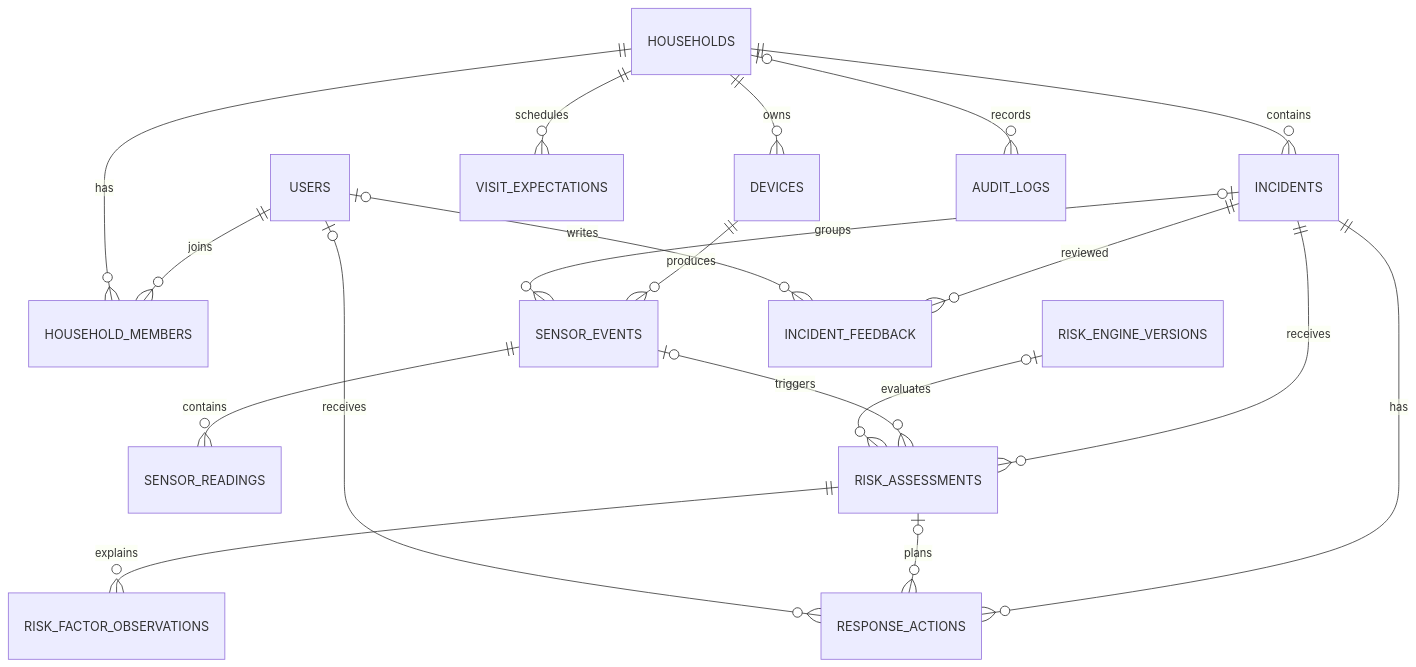
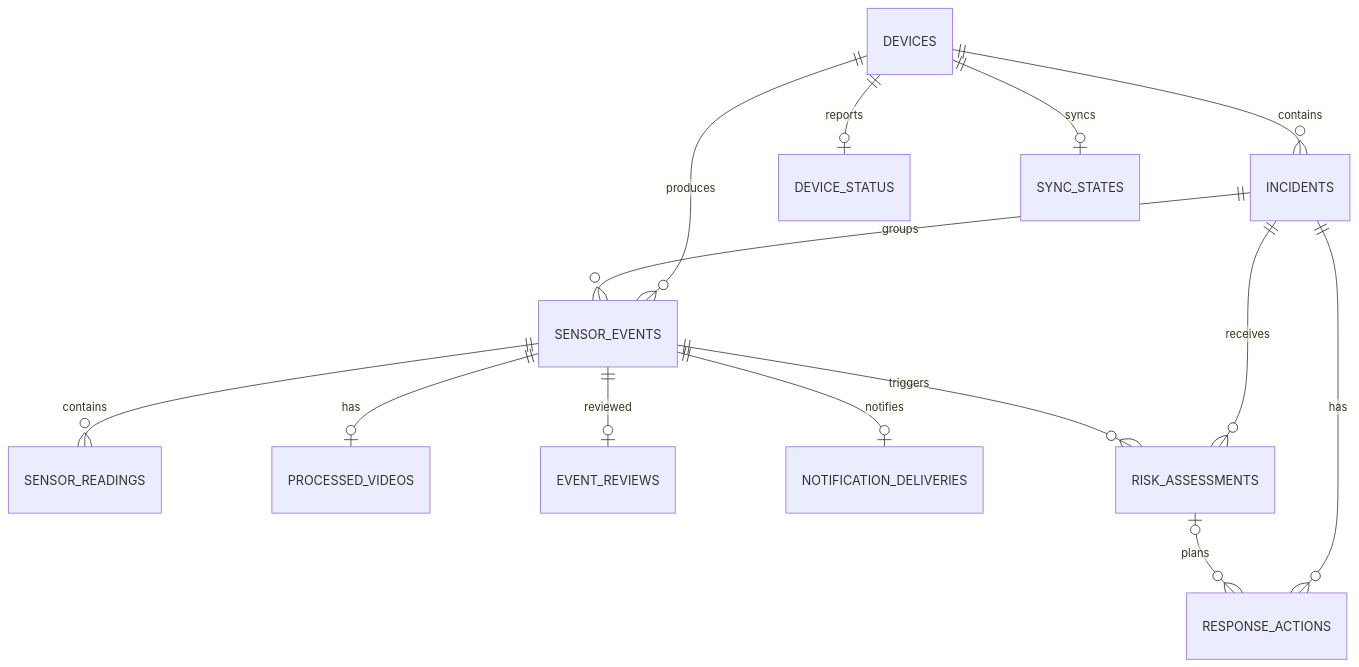
Before and after one commit to Uree1229/Risk-ZERO: the diagram in docs/Diagram/04-data-model-erd.md, drawn with Mermaid. The commit also changed other lines of this file and 35 other files, not shown here.

````diff
--- a/docs/Diagram/04-data-model-erd.md
+++ b/docs/Diagram/04-data-model-erd.md
@@ -9,26 +9,18 @@
 ```mermaid
 erDiagram
-    USERS ||--o{ HOUSEHOLD_MEMBERS : joins
-    HOUSEHOLDS ||--o{ HOUSEHOLD_MEMBERS : has
-    HOUSEHOLDS ||--o{ DEVICES : owns
-    HOUSEHOLDS ||--o{ VISIT_EXPECTATIONS : schedules
-    HOUSEHOLDS ||--o{ INCIDENTS : contains
+    DEVICES ||--o{ INCIDENTS : contains
+    DEVICES ||--o{ SENSOR_EVENTS : produces
+    DEVICES ||--o| DEVICE_STATUS : reports
+    DEVICES ||--o| SYNC_STATES : syncs
 
-    DEVICES ||--o{ SENSOR_EVENTS : produces
-    INCIDENTS o|--o{ SENSOR_EVENTS : groups
+    INCIDENTS ||--o{ SENSOR_EVENTS : groups
     SENSOR_EVENTS ||--o{ SENSOR_READINGS : contains
+    SENSOR_EVENTS ||--o| PROCESSED_VIDEOS : has
+    SENSOR_EVENTS ||--o| EVENT_REVIEWS : reviewed
+    SENSOR_EVENTS ||--o| NOTIFICATION_DELIVERIES : notifies
 
     INCIDENTS ||--o{ RISK_ASSESSMENTS : receives
-    SENSOR_EVENTS o|--o{ RISK_ASSESSMENTS : triggers
-    RISK_ENGINE_VERSIONS o|--o{ RISK_ASSESSMENTS : evaluates
-
-    RISK_ASSESSMENTS ||--o{ RISK_FACTOR_OBSERVATIONS : explains
+    SENSOR_EVENTS ||--o{ RISK_ASSESSMENTS : triggers
     INCIDENTS ||--o{ RESPONSE_ACTIONS : has
     RISK_ASSESSMENTS o|--o{ RESPONSE_ACTIONS : plans
-
-    INCIDENTS ||--o{ INCIDENT_FEEDBACK : reviewed
-    USERS o|--o{ INCIDENT_FEEDBACK : writes
-    USERS o|--o{ RESPONSE_ACTIONS : receives
-
-    HOUSEHOLDS o|--o{ AUDIT_LOGS : records
 ```
````
